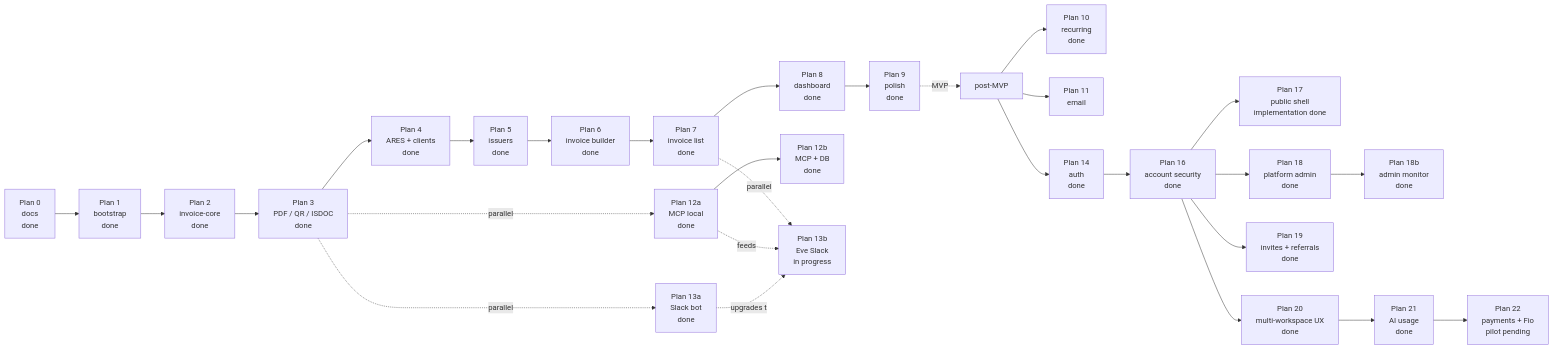
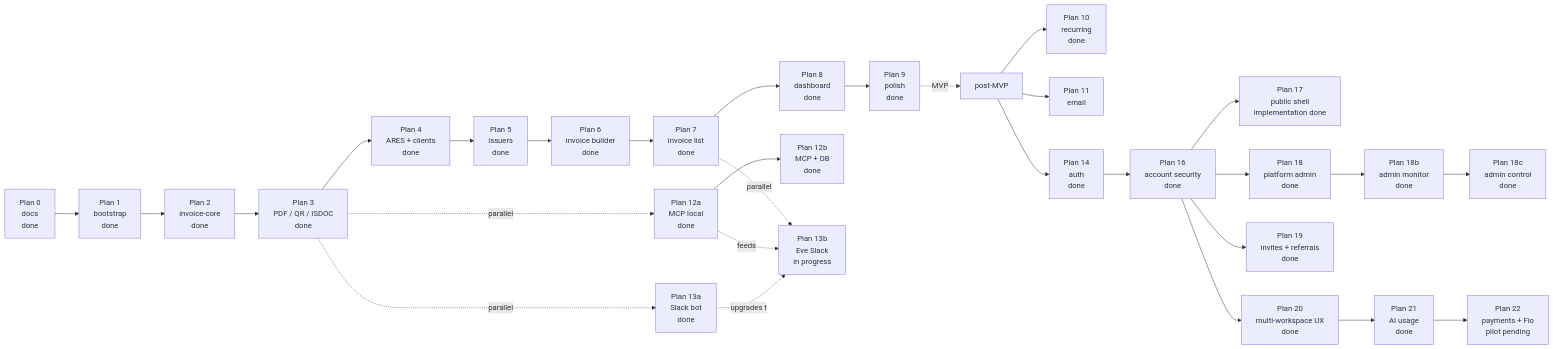
One commit to filipditrich/inveoiceyai changed the diagram in docs/roadmap.md. Above: the diagram before and after it, drawn with Mermaid. The commit also changed other lines of this file and 65 other files, not shown here.

First line of the commit message:
feat: platform admin support control (#41)

````diff
--- a/docs/roadmap.md
+++ b/docs/roadmap.md
@@ -7,30 +7,31 @@
 ```mermaid
 flowchart LR
     P0["Plan 0<br/>docs<br/>done"] --> P1["Plan 1<br/>bootstrap<br/>done"]
     P1 --> P2["Plan 2<br/>invoice-core<br/>done"]
     P2 --> P3["Plan 3<br/>PDF / QR / ISDOC<br/>done"]
     P3 --> P4["Plan 4<br/>ARES + clients<br/>done"]
     P4 --> P5["Plan 5<br/>issuers<br/>done"]
     P5 --> P6["Plan 6<br/>invoice builder<br/>done"]
     P6 --> P7["Plan 7<br/>invoice list<br/>done"]
     P7 --> P8["Plan 8<br/>dashboard<br/>done"]
     P8 --> P9["Plan 9<br/>polish<br/>done"]
     P3 -.parallel.-> P13a["Plan 13a<br/>Slack bot<br/>done"]
     P3 -.parallel.-> P12a["Plan 12a<br/>MCP local<br/>done"]
     P9 -.MVP.-> Post["post-MVP"]
     Post --> P10["Plan 10<br/>recurring<br/>done"]
     Post --> P11["Plan 11<br/>email"]
     P12a --> P12b["Plan 12b<br/>MCP + DB<br/>done"]
     P7 -.parallel.-> P13b["Plan 13b<br/>Eve Slack<br/>in progress"]
     Post --> P14["Plan 14<br/>auth<br/>done"]
     P14 --> P16["Plan 16<br/>account security<br/>done"]
     P16 --> P17["Plan 17<br/>public shell<br/>implementation done"]
     P16 --> P18["Plan 18<br/>platform admin<br/>done"]
     P18 --> P18b["Plan 18b<br/>admin monitor<br/>done"]
+    P18b --> P18c["Plan 18c<br/>admin control<br/>done"]
     P16 --> P19["Plan 19<br/>invites + referrals<br/>done"]
     P16 --> P20["Plan 20<br/>multi-workspace UX<br/>done"]
     P20 --> P21["Plan 21<br/>AI usage<br/>done"]
     P21 --> P22["Plan 22<br/>payments + Fio<br/>pilot pending"]
     P12a -.feeds.-> P13b
     P13a -.upgrades to.-> P13b
 ```
````
